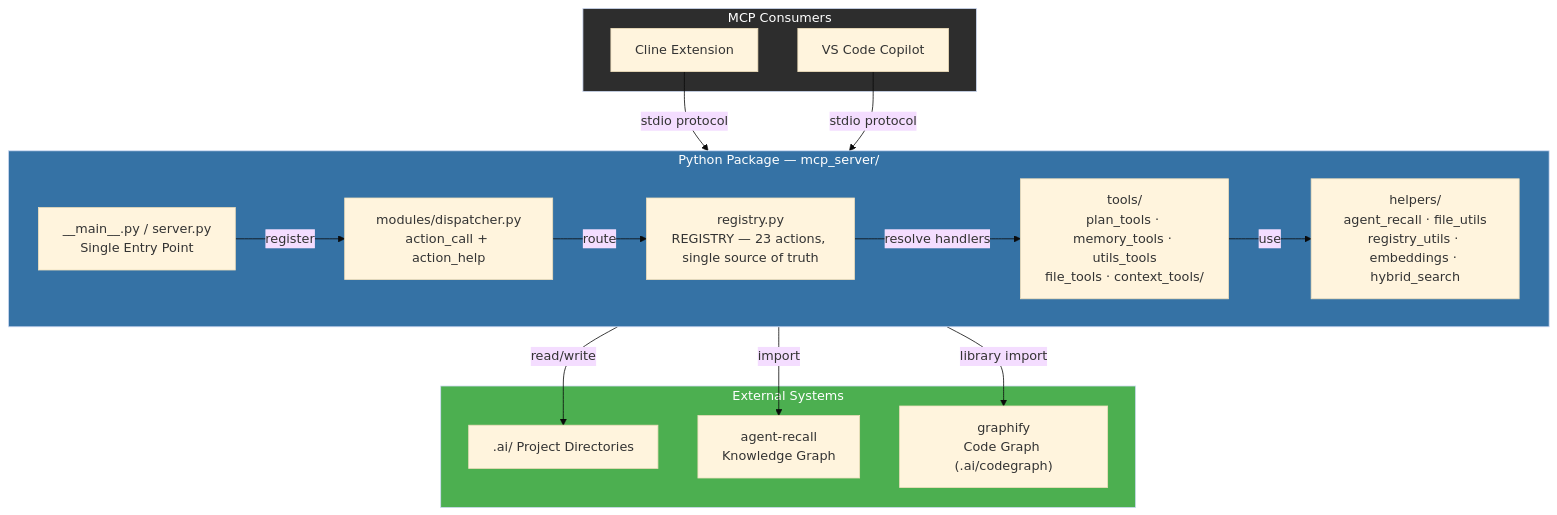
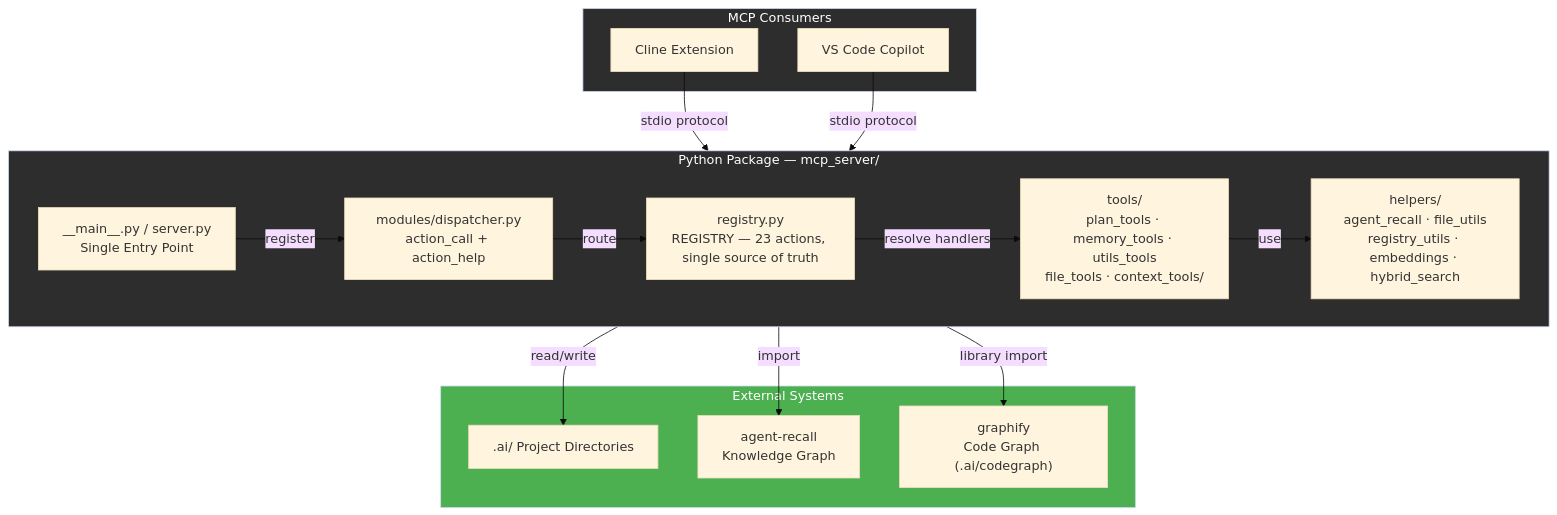
The first of 2 diagrams in src/mcp_server/README.md (awsomplak/awlab-ai-assistant), drawn with Mermaid (base theme) before and after one commit. The commit also changed other lines of this file and 8 other files, not shown here.

Commit message:
[doc] Core: Update docs for bridge+worker architecture

````diff
--- a/src/mcp_server/README.md
+++ b/src/mcp_server/README.md
@@ -15,35 +22,35 @@
 ```mermaid
 graph TB
   subgraph SERVER["Python Package — mcp_server/"]
     direction LR
     MAIN["__main__.py / server.py<br/>Single Entry Point"]
     DISP["modules/dispatcher.py<br/>action_call + action_help"]
     REG["registry.py<br/>REGISTRY — 23 actions, single source of truth"]
     TOOLS["tools/<br/>plan_tools · memory_tools · utils_tools<br/>file_tools · context_tools/"]
     HELPERS["helpers/<br/>agent_recall · file_utils<br/>registry_utils · embeddings · hybrid_search"]
   end
 
   subgraph CLIENTS["MCP Consumers"]
     CL["Cline Extension"]
     CP["VS Code Copilot"]
   end
 
   subgraph EXTERNAL["External Systems"]
     FS[".ai/ Project Directories"]
     AG["agent-recall<br/>Knowledge Graph"]
     CG["graphify<br/>Code Graph (.ai/codegraph)"]
   end
 
   CL & CP -->|"stdio protocol"| MAIN
   MAIN -->|"register"| DISP
   DISP -->|"route"| REG
   REG -->|"resolve handlers"| TOOLS
   TOOLS -->|"use"| HELPERS
   HELPERS -->|"read/write"| FS
   HELPERS -->|"import"| AG
   HELPERS -->|"library import"| CG
 
-  style SERVER fill:#3572A5,color:#fff
+  style SERVER fill:#2d2d2d,color:#fff
   style CLIENTS fill:#2d2d2d,color:#fff
   style EXTERNAL fill:#4caf50,color:#fff
 ```
````
